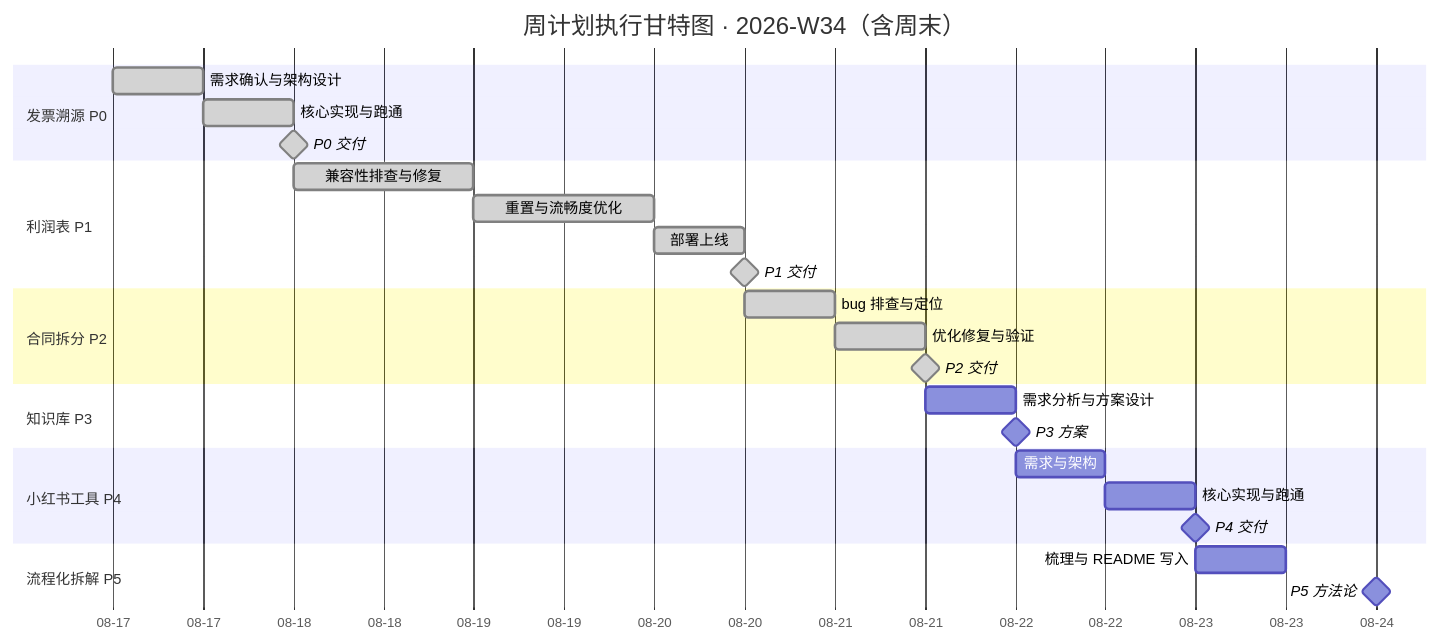
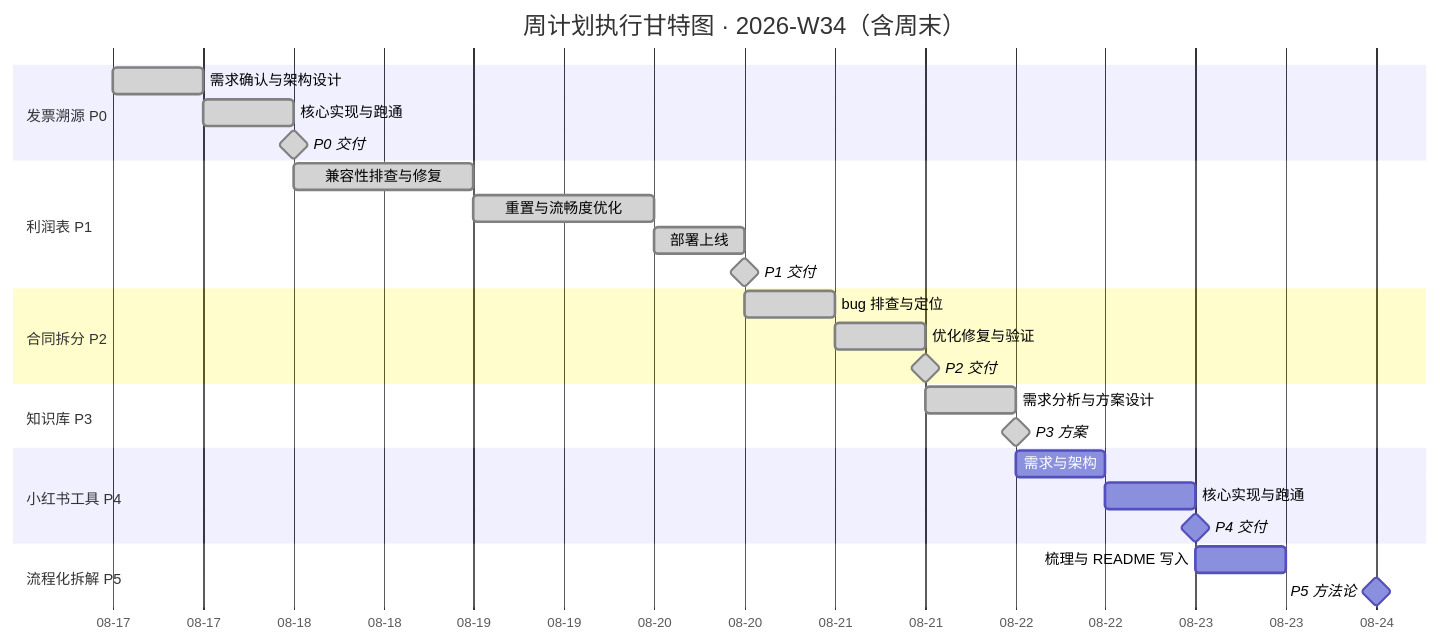
Before and after one commit to bruceleeu-creator/My-Obsidian: the diagram in 执行2026/2026-W34 周计划执行表.md, drawn with Mermaid. The commit also changed other lines of this file and 3 other files, not shown here.

````diff
--- a/执行2026/2026-W34 周计划执行表.md
+++ b/执行2026/2026-W34 周计划执行表.md
@@ -275,35 +275,35 @@
 ```mermaid
 gantt
     title 周计划执行甘特图 · 2026-W34（含周末）
     dateFormat YYYY-MM-DD HH:mm
     axisFormat %m-%d
 
     section 发票溯源 P0
     需求确认与架构设计      :done, a1, 2026-08-17 00:00, 12h
     核心实现与跑通          :done, a2, 2026-08-17 12:00, 12h
     P0 交付                :done, milestone, m0, 2026-08-18 00:00, 0d
 
     section 利润表 P1
     兼容性排查与修复        :done, b1, 2026-08-18 00:00, 1d
     重置与流畅度优化        :done, b2, 2026-08-19 00:00, 1d
     部署上线                :done, b3, 2026-08-20 00:00, 12h
     P1 交付                :done, milestone, m1, 2026-08-20 12:00, 0d
 
     section 合同拆分 P2
     bug 排查与定位          :done, c1, 2026-08-20 12:00, 12h
     优化修复与验证          :done, c2, 2026-08-21 00:00, 12h
     P2 交付                :done, milestone, m2, 2026-08-21 12:00, 0d
 
     section 知识库 P3
-    需求分析与方案设计      :d1, 2026-08-21 12:00, 12h
-    P3 方案                :milestone, m3, 2026-08-22 00:00, 0d
+    需求分析与方案设计      :done, d1, 2026-08-21 12:00, 12h
+    P3 方案                :done, milestone, m3, 2026-08-22 00:00, 0d
 
     section 小红书工具 P4
     需求与架构              :e1, 2026-08-22 00:00, 12h
     核心实现与跑通          :e2, 2026-08-22 12:00, 12h
     P4 交付                :milestone, m4, 2026-08-23 00:00, 0d
 
     section 流程化拆解 P5
     梳理与 README 写入      :f1, 2026-08-23 00:00, 12h
     P5 方法论              :milestone, m5, 2026-08-24 00:00, 0d
 ```
````
